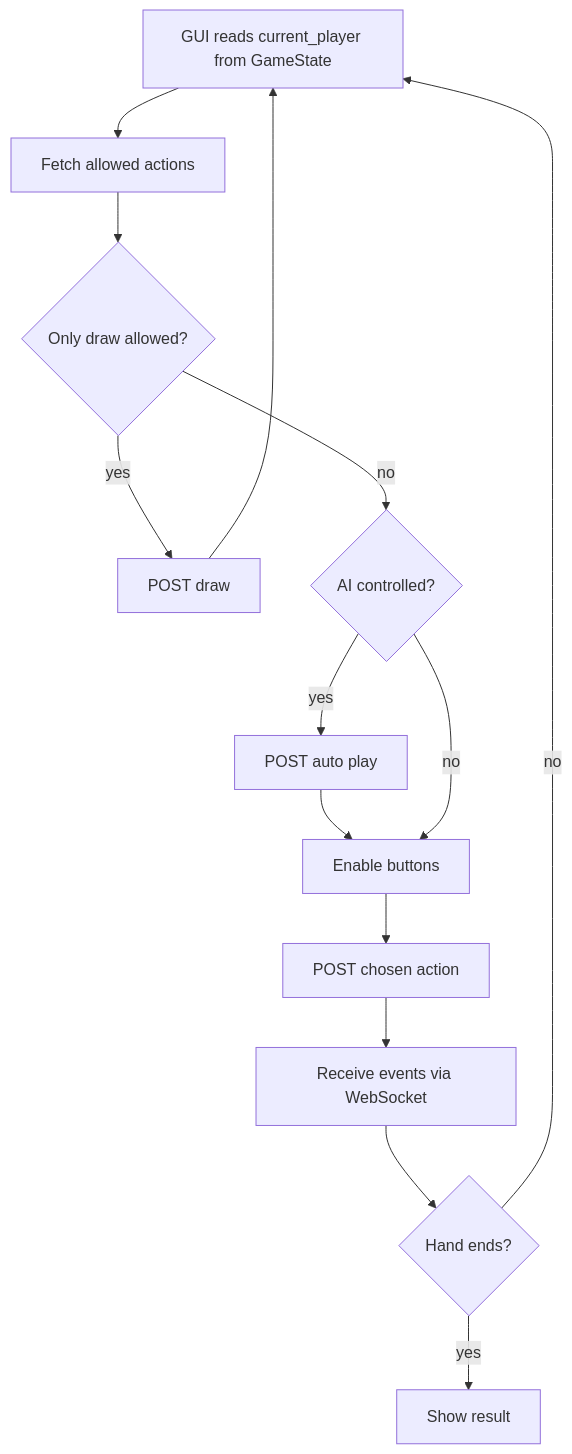
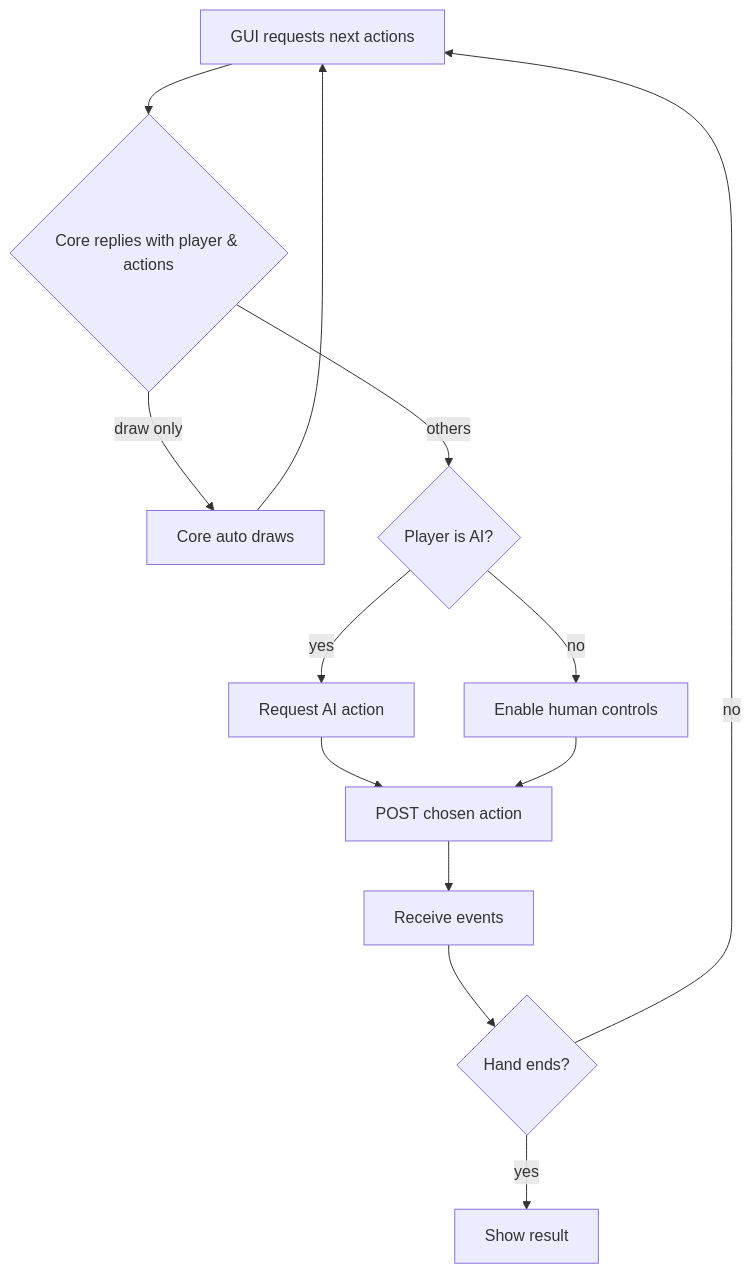
Before and after one commit to KotaroTanabe/MyMahjong: the diagram in README.md, drawn with Mermaid. The commit also changed other lines of this file and 9 other files, not shown here.

Commit message:
Add next actions API and GUI integration

````diff
--- a/README.md
+++ b/README.md
@@ -138,14 +139,14 @@
 ```mermaid
 flowchart TD
-    A[GUI reads current_player from GameState] --> B[Fetch allowed actions]
-    B --> C{Only draw allowed?}
-    C -- yes --> D[POST draw] --> A
-    C -- no --> E{AI controlled?}
-    E -- yes --> F[POST auto play] --> G
-    E -- no --> G[Enable buttons]
-    G --> H[POST chosen action]
-    H --> I[Receive events via WebSocket]
-    I --> J{Hand ends?}
-    J -- yes --> K[Show result]
-    J -- no --> A
+    A[GUI requests next actions] --> B{Core replies with player & actions}
+    B -- draw only --> C[Core auto draws] --> A
+    B -- others --> D{Player is AI?}
+    D -- yes --> E[Request AI action]
+    D -- no --> F[Enable human controls]
+    E --> G[POST chosen action]
+    F --> G
+    G --> H[Receive events]
+    H --> I{Hand ends?}
+    I -- yes --> J[Show result]
+    I -- no --> A
 ```
````
